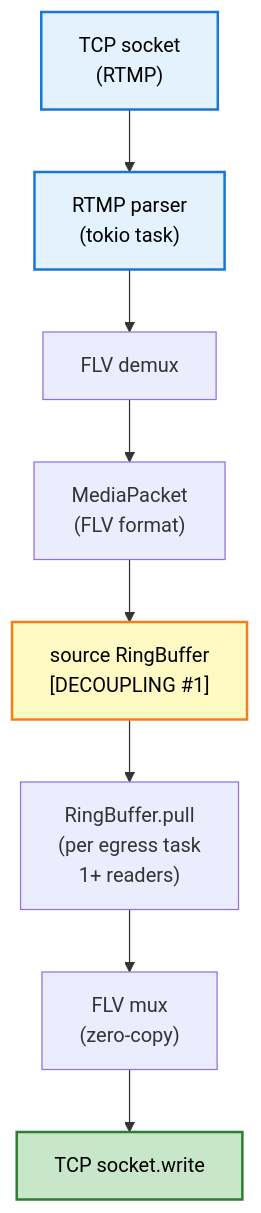
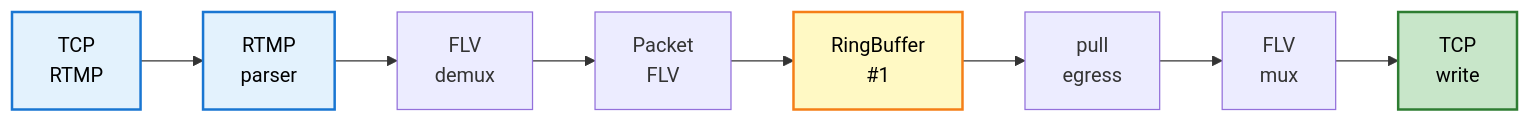
Before and after one commit to live-miracles/restream: the fifth of 24 diagrams in docs/run-to-completion-analysis.md, drawn with Mermaid. The commit also changed other lines of this file, not shown here.

First line of the commit message:
Restructure diagrams to use horizontal layout for vertical space efficiency

````diff
--- a/docs/run-to-completion-analysis.md
+++ b/docs/run-to-completion-analysis.md
@@ -249,18 +218,10 @@
 ```mermaid
-graph TD
-    A["TCP socket<br/>(RTMP)"]
-    B["RTMP parser<br/>(tokio task)"]
-    C["FLV demux"]
-    D["MediaPacket<br/>(FLV format)"]
-    E["source RingBuffer<br/>[DECOUPLING #1]"]
-    F["RingBuffer.pull<br/>(per egress task<br/>1+ readers)"]
-    G["FLV mux<br/>(zero-copy)"]
-    H["TCP socket.write"]
-    
-    A --> B --> C --> D --> E --> F --> G --> H
+graph LR
+    A["TCP<br/>RTMP"] --> B["RTMP<br/>parser"] --> C["FLV<br/>demux"] --> D["Packet<br/>FLV"]
+    D --> E["RingBuffer<br/>#1"] --> F["pull<br/>egress"] --> G["FLV<br/>mux"] --> H["TCP<br/>write"]
     
     style A fill:#e3f2fd,stroke:#1976d2,stroke-width:2px,color:#000
     style B fill:#e3f2fd,stroke:#1976d2,stroke-width:2px,color:#000
     style E fill:#fff9c4,stroke:#f57f17,stroke-width:2px,color:#000
     style H fill:#c8e6c9,stroke:#2e7d32,stroke-width:2px,color:#000
 ```
````
